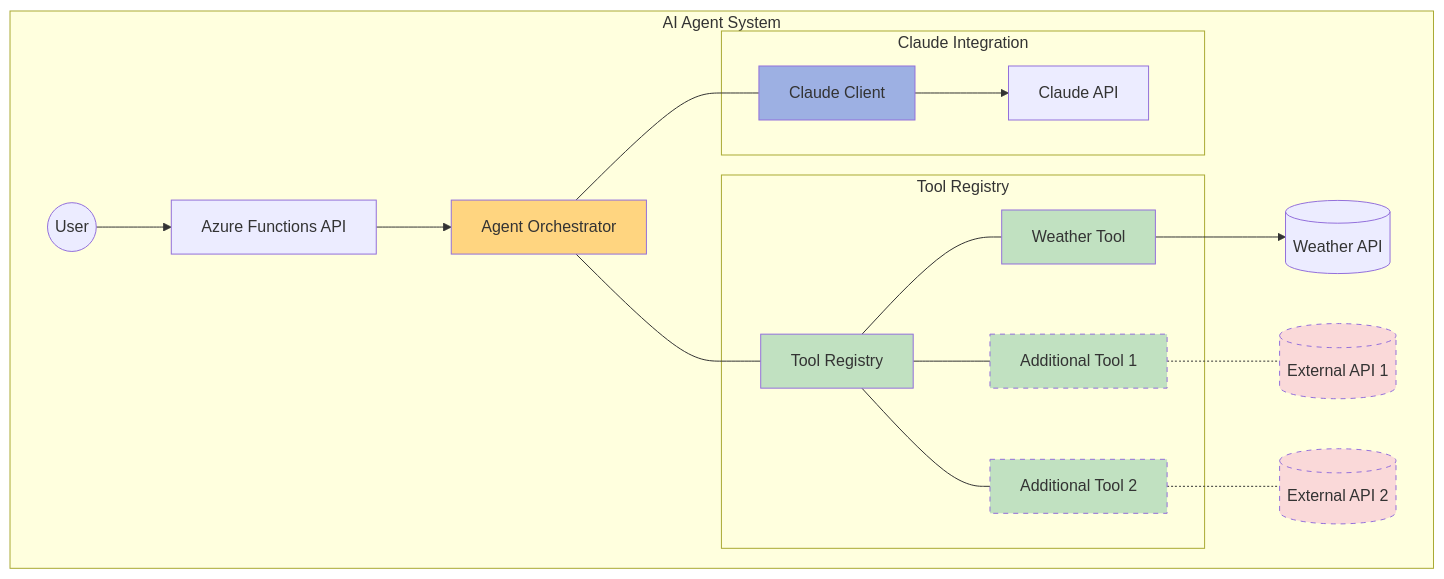
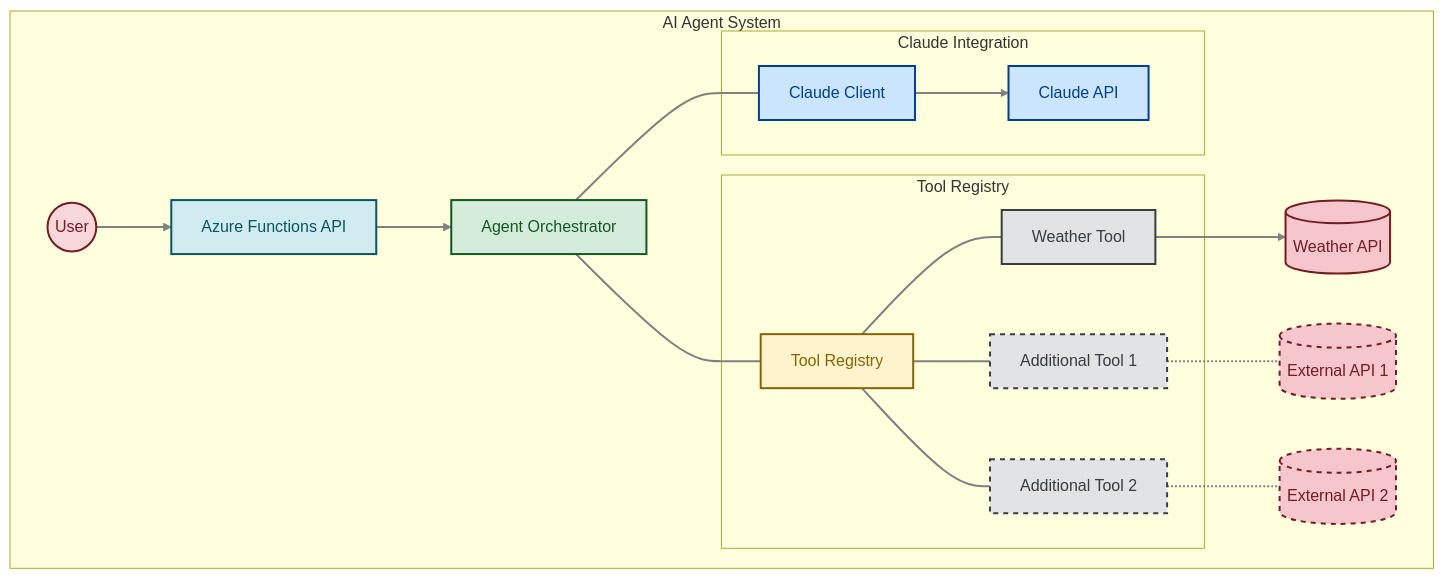
Before and after one commit to sebharvey/AgenticAI: the first of 2 diagrams in README.md, drawn with Mermaid.

Commit message:
Update to diagram styling

````diff
--- a/README.md
+++ b/README.md
@@ -26,42 +26,56 @@
 ```mermaid
 flowchart TB
     subgraph "AI Agent System"
         User((User)) --> API[Azure Functions API]
         API --> Orchestrator[Agent Orchestrator]
         
         subgraph "Tool Registry"
             ToolRegistry[Tool Registry]
             WeatherTool[Weather Tool]
             FutureTool1[Additional Tool 1]
             FutureTool2[Additional Tool 2]
             
             ToolRegistry --- WeatherTool
             ToolRegistry --- FutureTool1
             ToolRegistry --- FutureTool2
         end
         
         Orchestrator --- ToolRegistry
         
         subgraph "Claude Integration"
             Claude[Claude Client]
             ClaudeAPI[Claude API]
             
             Claude --> ClaudeAPI
         end
         
         Orchestrator --- Claude
         
         WeatherTool --> WeatherAPI[(Weather API)]
         FutureTool1 -.- ExternalAPI1[(External API 1)]
         FutureTool2 -.- ExternalAPI2[(External API 2)]
     end
     
-    style Claude fill:#9DB0E3
-    style Orchestrator fill:#FFD580
-    style ToolRegistry fill:#C1E1C1
-    style WeatherTool fill:#C1E1C1
-    style FutureTool1 fill:#C1E1C1,stroke-dasharray: 5 5
-    style FutureTool2 fill:#C1E1C1,stroke-dasharray: 5 5
-    style ExternalAPI1 fill:#FAD9D9,stroke-dasharray: 5 5
-    style ExternalAPI2 fill:#FAD9D9,stroke-dasharray: 5 5
+    classDef userNode fill:#F8D7DA,stroke:#721C24,color:#721C24,stroke-width:2px
+    classDef apiNode fill:#D1ECF1,stroke:#0C5460,color:#0C5460,stroke-width:2px
+    classDef orchestratorNode fill:#D4EDDA,stroke:#155724,color:#155724,stroke-width:2px
+    classDef toolRegistryNode fill:#FFF3CD,stroke:#856404,color:#856404,stroke-width:2px
+    classDef toolNode fill:#E2E3E5,stroke:#383D41,color:#383D41,stroke-width:2px
+    classDef futureToolNode fill:#E2E3E5,stroke:#383D41,color:#383D41,stroke-width:2px,stroke-dasharray:5 5
+    classDef claudeNode fill:#CCE5FF,stroke:#004085,color:#004085,stroke-width:2px
+    classDef externalNode fill:#F5C6CB,stroke:#721C24,color:#721C24,stroke-width:2px
+    classDef futureExternalNode fill:#F5C6CB,stroke:#721C24,color:#721C24,stroke-width:2px,stroke-dasharray:5 5
+    
+    class User userNode
+    class API apiNode
+    class Orchestrator orchestratorNode
+    class ToolRegistry toolRegistryNode
+    class WeatherTool toolNode
+    class FutureTool1,FutureTool2 futureToolNode
+    class Claude,ClaudeAPI claudeNode
+    class WeatherAPI externalNode
+    class ExternalAPI1,ExternalAPI2 futureExternalNode
+    
+    linkStyle default stroke-width:2px,fill:none,stroke:gray
+    
 ```
````
